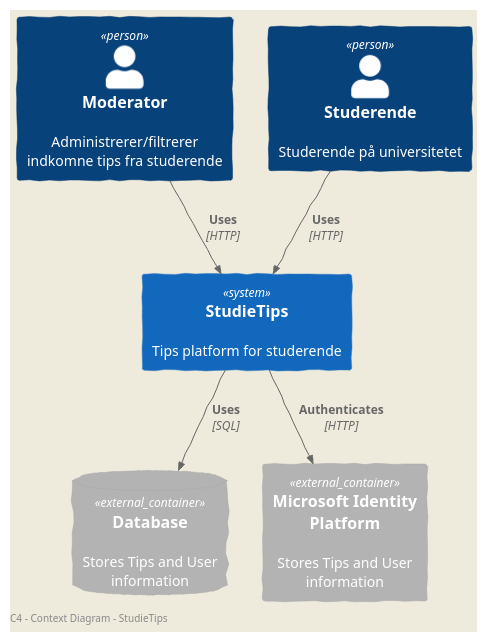
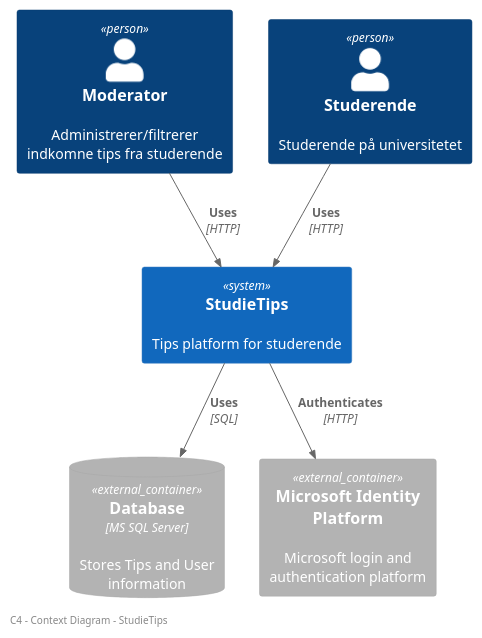
The diagram in C4/C4-Level1/context.puml (I4PRJ4/I4PRJ4-plantuml), drawn with PlantUML before and after one commit. The commit also changed 4 other files, not shown here.

Commit message:
Removed login now that we use MS Identity

```diff
--- a/C4/C4-Level1/context.puml
+++ b/C4/C4-Level1/context.puml
@@ -1,20 +1,19 @@
 @startuml System Context Diagram
 !include <C4/C4_Container>
-LAYOUT_AS_SKETCH()
 
 left footer C4 - Context Diagram - StudieTips
 
 Person(mod, "Moderator", "Administrerer/filtrerer indkomne tips fra studerende")
 Person(student, "Studerende", "Studerende på universitetet")
 
 System(StudieTips, "StudieTips", "Tips platform for studerende")
 
-ContainerDb_Ext(Database, "Database","","Stores Tips and User information")
-Container_Ext(MIP, "Microsoft Identity Platform","","Stores Tips and User information")
+ContainerDb_Ext(Database, "Database","MS SQL Server","Stores Tips and User information")
+Container_Ext(MIP, "Microsoft Identity Platform",,"Microsoft login and authentication platform")
 
 Rel(mod, StudieTips, "Uses", "HTTP")
 Rel(student, StudieTips, "Uses", "HTTP")
 Rel(StudieTips, Database, "Uses", "SQL")
 Rel(StudieTips, MIP, "Authenticates", "HTTP")
 
 @enduml
```
